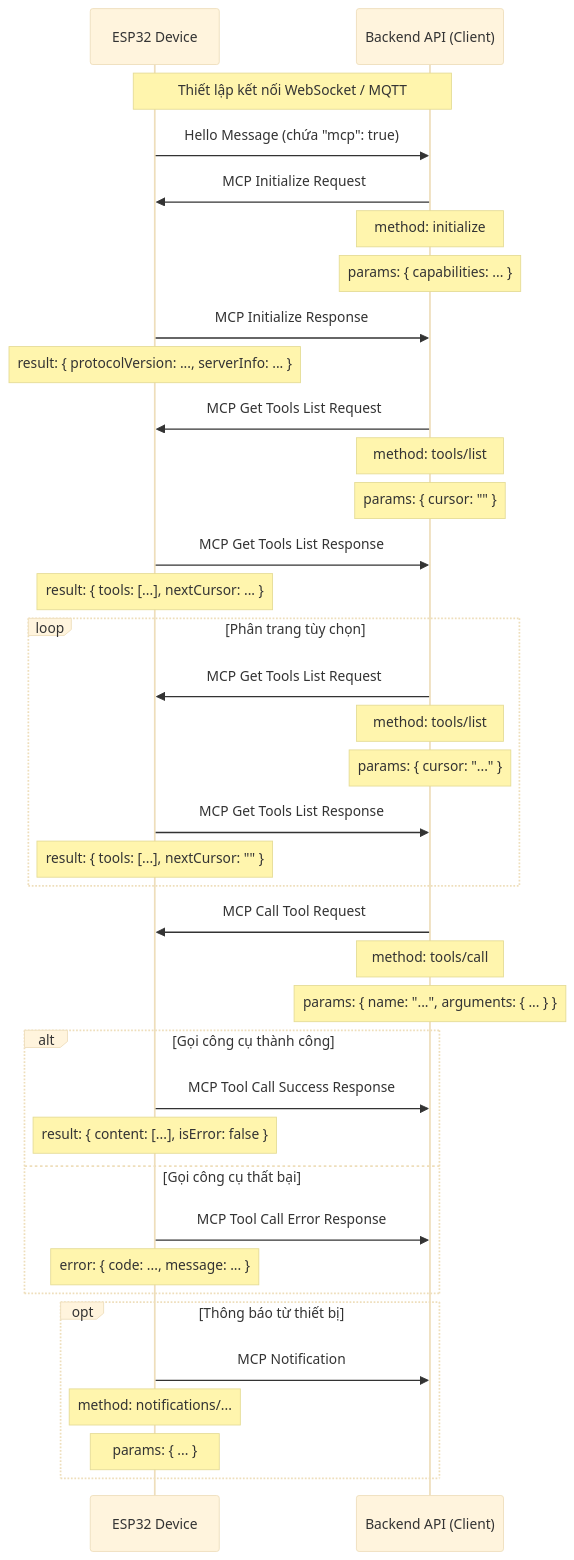
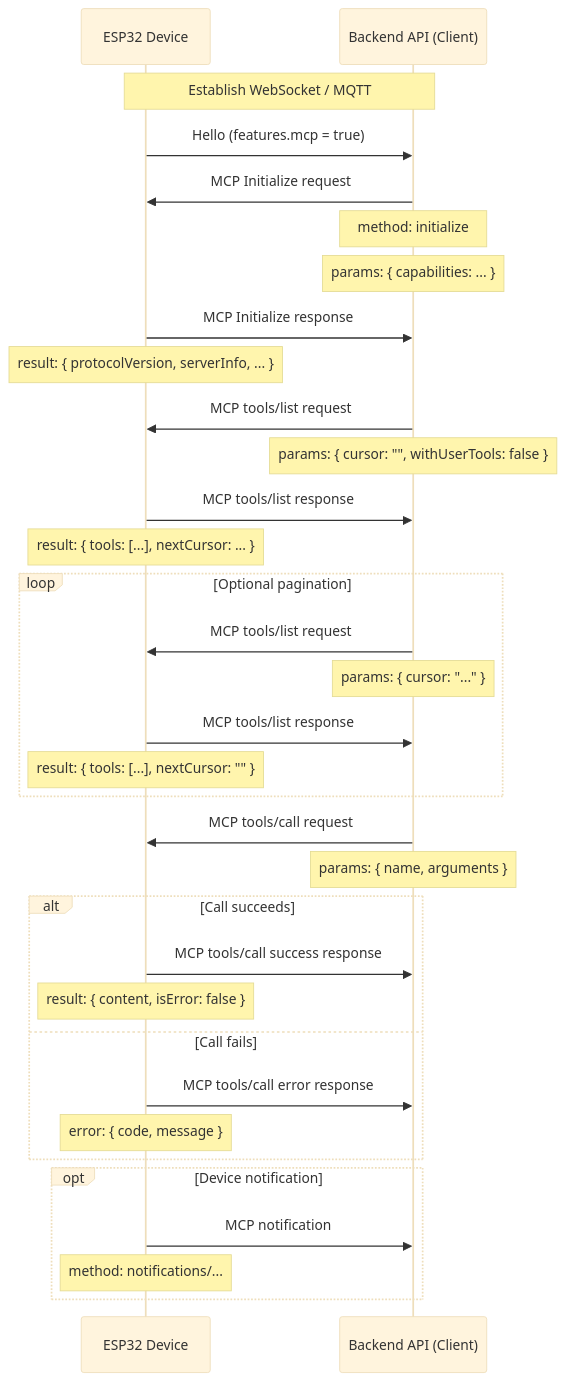
One commit to phanmemkhoinghiep/vietbot_client changed the diagram in esp32/docs/mcp-protocol.md. Above: the diagram before and after it, drawn with Mermaid (base theme). The commit also changed other lines of this file and 769 other files, not shown here.

````diff
--- a/esp32/docs/mcp-protocol.md
+++ b/esp32/docs/mcp-protocol.md
@@ -221,49 +224,45 @@
 ```mermaid
 sequenceDiagram
     participant Device as ESP32 Device
     participant BackendAPI as Backend API (Client)
 
-    Note over Device, BackendAPI: Thiết lập kết nối WebSocket / MQTT
+    Note over Device, BackendAPI: Establish WebSocket / MQTT
 
-    Device->>BackendAPI: Hello Message (chứa "mcp": true)
+    Device->>BackendAPI: Hello (features.mcp = true)
 
-    BackendAPI->>Device: MCP Initialize Request
+    BackendAPI->>Device: MCP Initialize request
     Note over BackendAPI: method: initialize
     Note over BackendAPI: params: { capabilities: ... }
 
-    Device->>BackendAPI: MCP Initialize Response
-    Note over Device: result: { protocolVersion: ..., serverInfo: ... }
+    Device->>BackendAPI: MCP Initialize response
+    Note over Device: result: { protocolVersion, serverInfo, ... }
 
-    BackendAPI->>Device: MCP Get Tools List Request
-    Note over BackendAPI: method: tools/list
-    Note over BackendAPI: params: { cursor: "" }
+    BackendAPI->>Device: MCP tools/list request
+    Note over BackendAPI: params: { cursor: "", withUserTools: false }
 
-    Device->>BackendAPI: MCP Get Tools List Response
+    Device->>BackendAPI: MCP tools/list response
     Note over Device: result: { tools: [...], nextCursor: ... }
 
-    loop Phân trang tùy chọn
-        BackendAPI->>Device: MCP Get Tools List Request
-        Note over BackendAPI: method: tools/list
+    loop Optional pagination
+        BackendAPI->>Device: MCP tools/list request
         Note over BackendAPI: params: { cursor: "..." }
-        Device->>BackendAPI: MCP Get Tools List Response
+        Device->>BackendAPI: MCP tools/list response
         Note over Device: result: { tools: [...], nextCursor: "" }
     end
 
-    BackendAPI->>Device: MCP Call Tool Request
-    Note over BackendAPI: method: tools/call
-    Note over BackendAPI: params: { name: "...", arguments: { ... } }
+    BackendAPI->>Device: MCP tools/call request
+    Note over BackendAPI: params: { name, arguments }
 
-    alt Gọi công cụ thành công
-        Device->>BackendAPI: MCP Tool Call Success Response
-        Note over Device: result: { content: [...], isError: false }
-    else Gọi công cụ thất bại
-        Device->>BackendAPI: MCP Tool Call Error Response
-        Note over Device: error: { code: ..., message: ... }
+    alt Call succeeds
+        Device->>BackendAPI: MCP tools/call success response
+        Note over Device: result: { content, isError: false }
+    else Call fails
+        Device->>BackendAPI: MCP tools/call error response
+        Note over Device: error: { code, message }
     end
 
-    opt Thông báo từ thiết bị
-        Device->>BackendAPI: MCP Notification
+    opt Device notification
+        Device->>BackendAPI: MCP notification
         Note over Device: method: notifications/...
-        Note over Device: params: { ... }
     end
 ```
````
